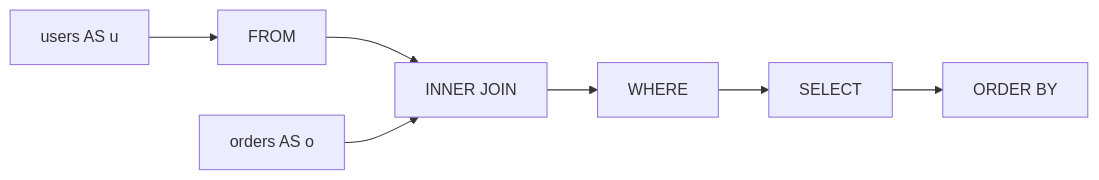
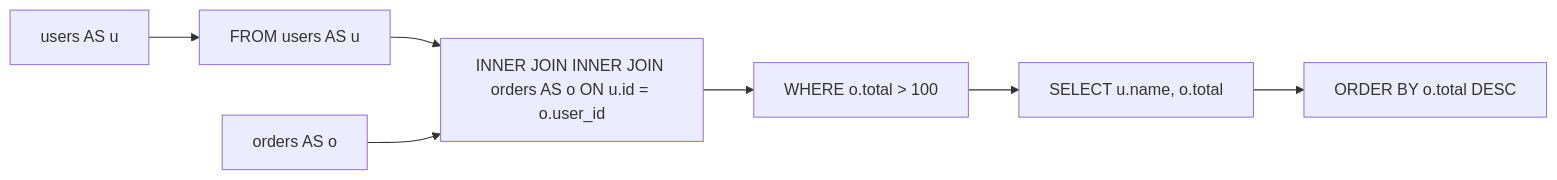
The diagram in examples/join.mmd (rot1024/sqloflow), drawn with Mermaid before and after one commit. The commit also changed 43 other files, not shown here.

```diff
--- a/examples/join.mmd
+++ b/examples/join.mmd
@@ -1,14 +1,14 @@
 flowchart LR
     node_0[users AS u]
-    node_1[FROM]
+    node_1[FROM users AS u]
     node_2[orders AS o]
-    node_3[INNER JOIN]
-    node_4[WHERE]
-    node_5[SELECT]
-    node_6[ORDER BY]
+    node_3["INNER JOIN INNER JOIN orders AS o ON u.id = o.user_id"]
+    node_4["WHERE o.total &gt; 100"]
+    node_5["SELECT u.name, o.total"]
+    node_6["ORDER BY o.total DESC"]
     node_0 --> node_1
     node_1 --> node_3
     node_2 --> node_3
     node_3 --> node_4
     node_4 --> node_5
     node_5 --> node_6
```
